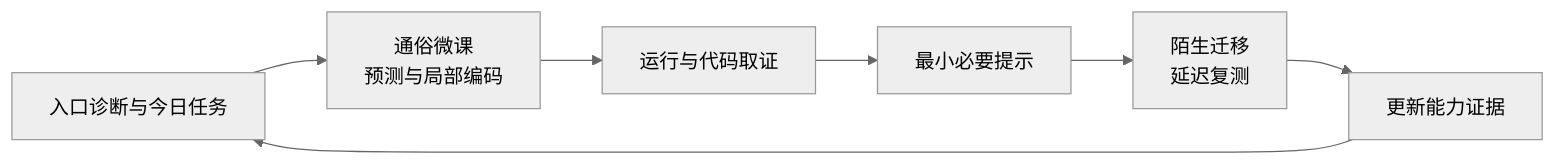
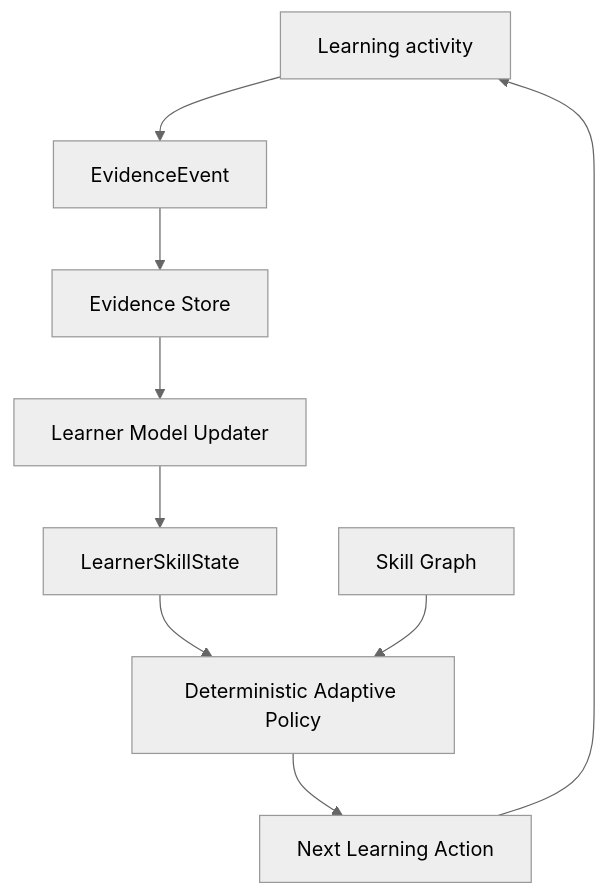
Before and after one commit to Benjamindaoson/huisen-ai-adaptive-algorithm-coach: the diagram in README.md, drawn with Mermaid (neutral theme). The commit also changed other lines of this file and 6 other files, not shown here.

Commit message:
Rebrand core as AI Talents Learning OS and document P0/P1 architecture

````diff
--- a/README.md
+++ b/README.md
@@ -48,9 +191,11 @@
 ```mermaid
-flowchart LR
-    A["入口诊断与今日任务"] --> B["通俗微课<br/>预测与局部编码"]
-    B --> C["运行与代码取证"]
-    C --> D["最小必要提示"]
-    D --> E["陌生迁移<br/>延迟复测"]
-    E --> F["更新能力证据"]
-    F --> A
+flowchart TD
+    A["Learning activity"] --> B["EvidenceEvent"]
+    B --> C["Evidence Store"]
+    C --> D["Learner Model Updater"]
+    D --> E["LearnerSkillState"]
+    E --> F["Deterministic Adaptive Policy"]
+    G["Skill Graph"] --> F
+    F --> H["Next Learning Action"]
+    H --> A
 ```
````
